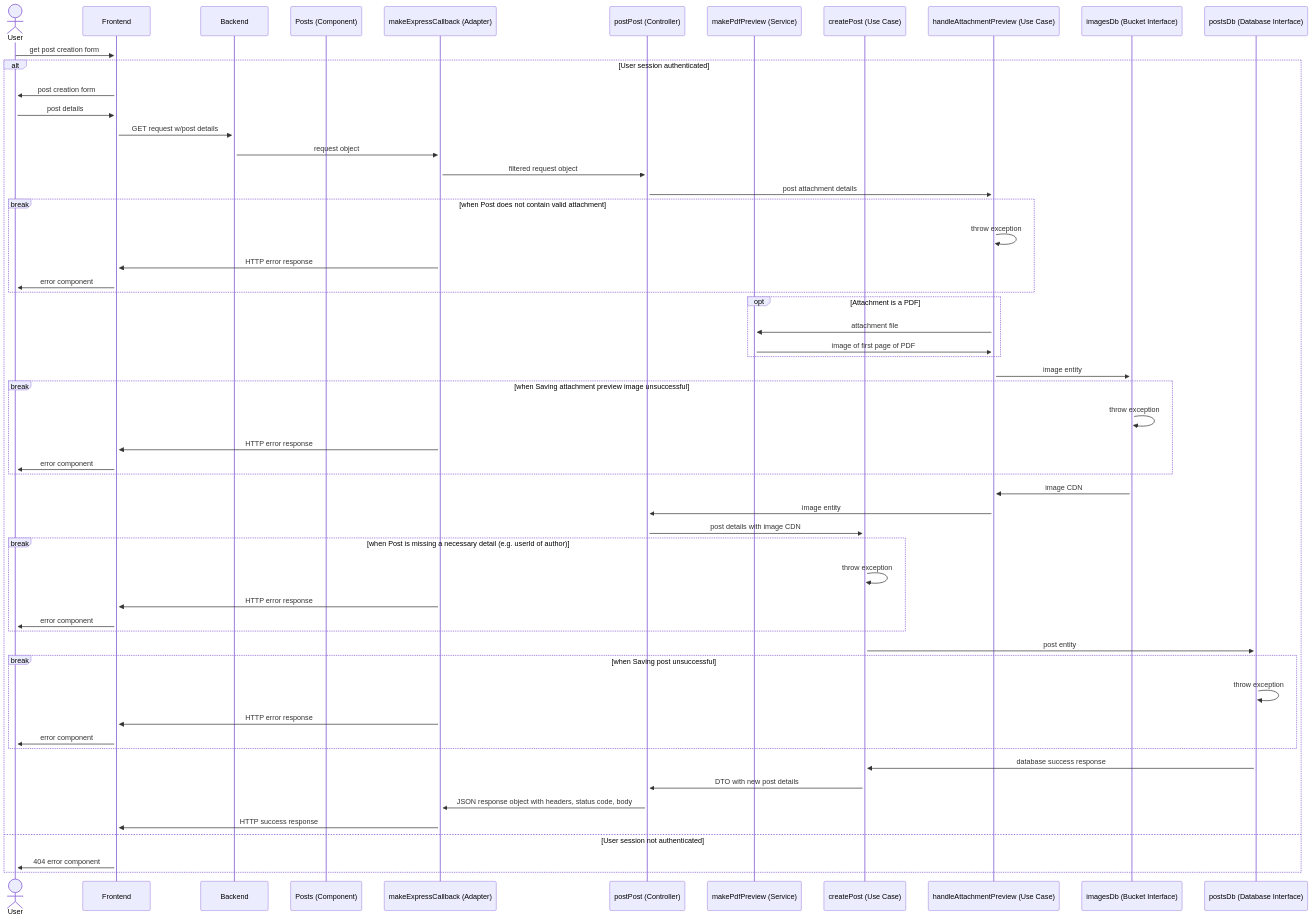
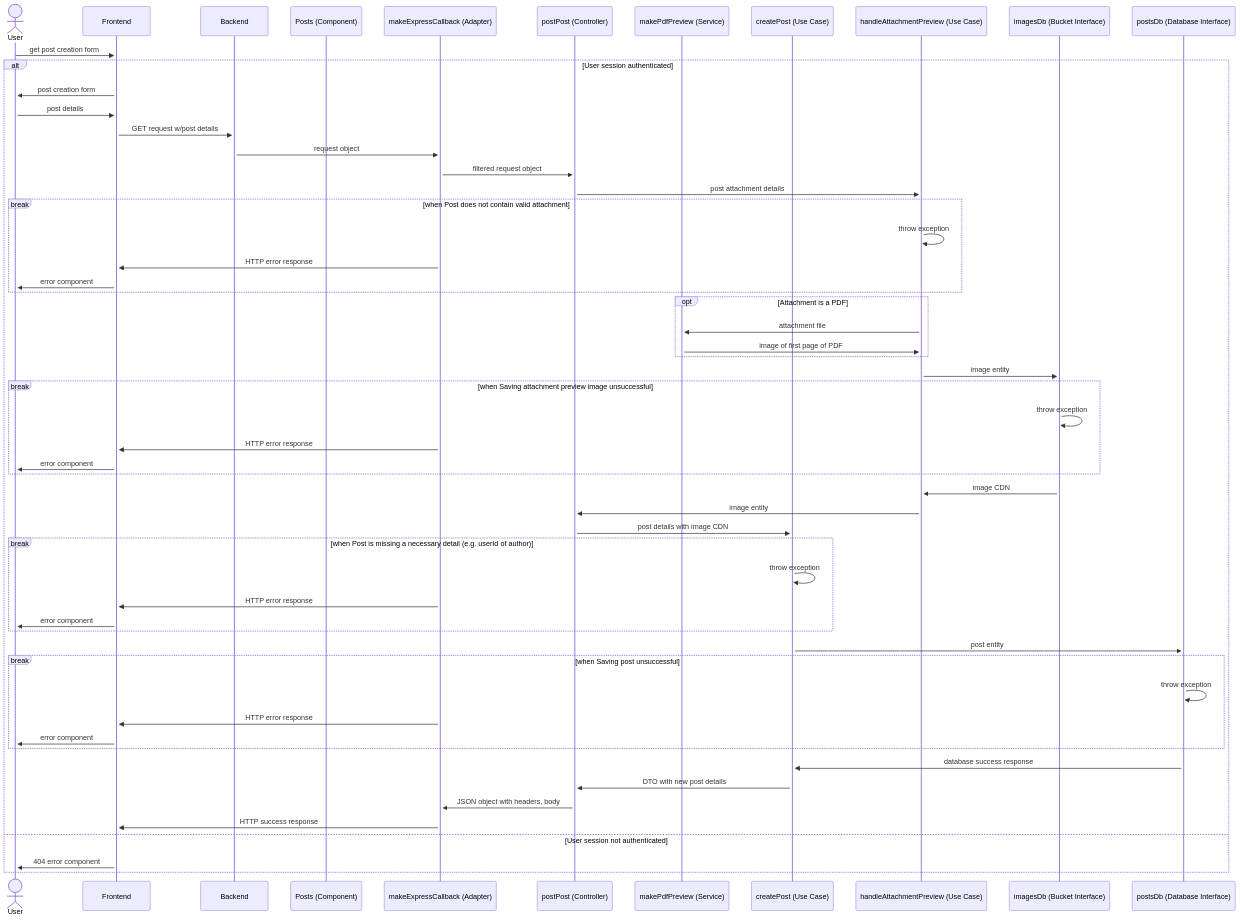
One commit to maryamkhan14/cv-circle changed the diagram in DOCUMENTATION.md. Above: the diagram before and after it, drawn with Mermaid.

Commit message:
Shortened message description

````diff
--- a/DOCUMENTATION.md
+++ b/DOCUMENTATION.md
@@ -11,60 +11,60 @@
 ```mermaid
 sequenceDiagram
     actor User
     participant Frontend
     participant Backend
     participant Posts (Component)
     participant makeExpressCallback (Adapter)
     participant postPost (Controller)
     participant makePdfPreview (Service)
     participant createPost (Use Case)
     participant handleAttachmentPreview (Use Case)
     participant imagesDb (Bucket Interface)
     participant postsDb (Database Interface)
     User->>+Frontend: get post creation form
     alt User session authenticated
         Frontend->>+User: post creation form
         User->>Frontend: post details
         Frontend->>+Backend: GET request w/post details
         Backend->>+makeExpressCallback (Adapter): request object
         makeExpressCallback (Adapter)->>+postPost (Controller): filtered request object
         postPost (Controller)->>+handleAttachmentPreview (Use Case): post attachment details
 
         break when Post does not contain valid attachment
             handleAttachmentPreview (Use Case)->>handleAttachmentPreview (Use Case): throw exception
             makeExpressCallback (Adapter)->>Frontend: HTTP error response
             Frontend->>User: error component
         end
         opt Attachment is a PDF
             handleAttachmentPreview (Use Case)->>+makePdfPreview (Service): attachment file
             makePdfPreview (Service)->>handleAttachmentPreview (Use Case): image of first page of PDF
         end
         handleAttachmentPreview (Use Case)->>+imagesDb (Bucket Interface): image entity
         break when Saving attachment preview image unsuccessful
             imagesDb (Bucket Interface)->>imagesDb (Bucket Interface): throw exception
             makeExpressCallback (Adapter)->>Frontend: HTTP error response
             Frontend->>User: error component
         end
         imagesDb (Bucket Interface)->>handleAttachmentPreview (Use Case): image CDN
         handleAttachmentPreview (Use Case)->>postPost (Controller): image entity
         postPost (Controller)->>+createPost (Use Case): post details with image CDN
         break when Post is missing a necessary detail (e.g. userId of author)
             createPost (Use Case)->>createPost (Use Case): throw exception
             makeExpressCallback (Adapter)->>Frontend: HTTP error response
             Frontend->>User: error component
         end
         createPost (Use Case)->>+postsDb (Database Interface): post entity
         break when Saving post unsuccessful
             postsDb (Database Interface)->>postsDb (Database Interface): throw exception
             makeExpressCallback (Adapter)->>Frontend: HTTP error response
             Frontend->>User: error component
         end
         postsDb (Database Interface)->>createPost (Use Case): database success response
         createPost (Use Case)->>postPost (Controller): DTO with new post details
-        postPost (Controller)->>makeExpressCallback (Adapter): JSON response object with headers, status code, body
+        postPost (Controller)->>makeExpressCallback (Adapter): JSON object with headers, body
         makeExpressCallback (Adapter)->>Frontend: HTTP success response
 
     else User session not authenticated
         Frontend->>+User: 404 error component
     end
 ```
````
